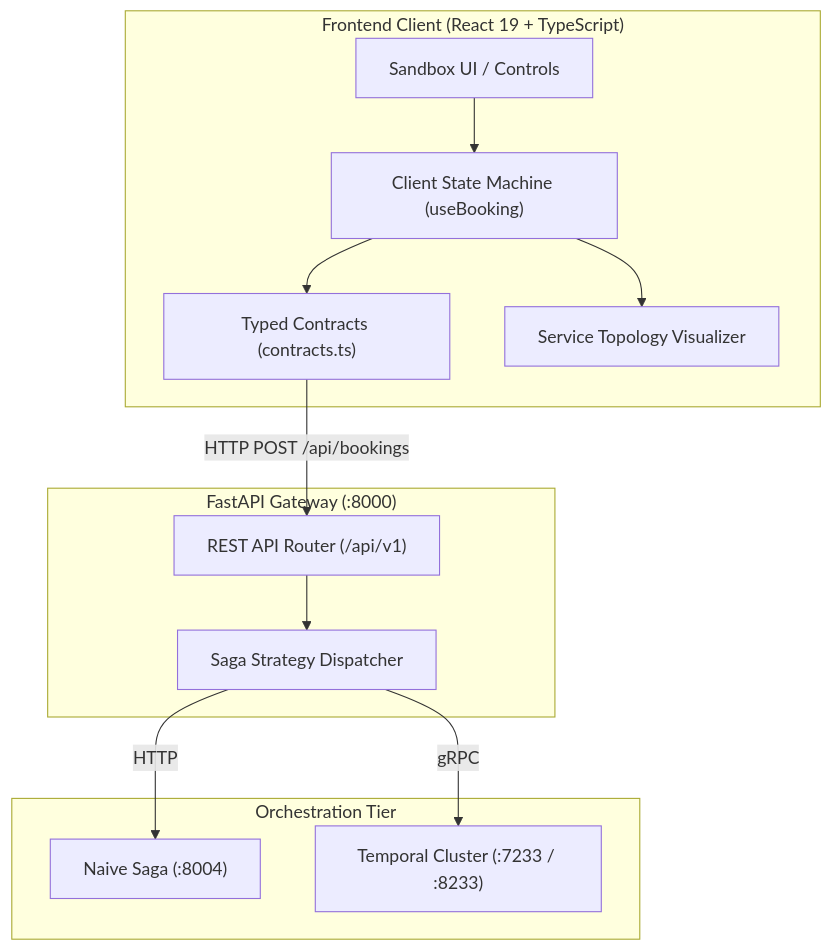
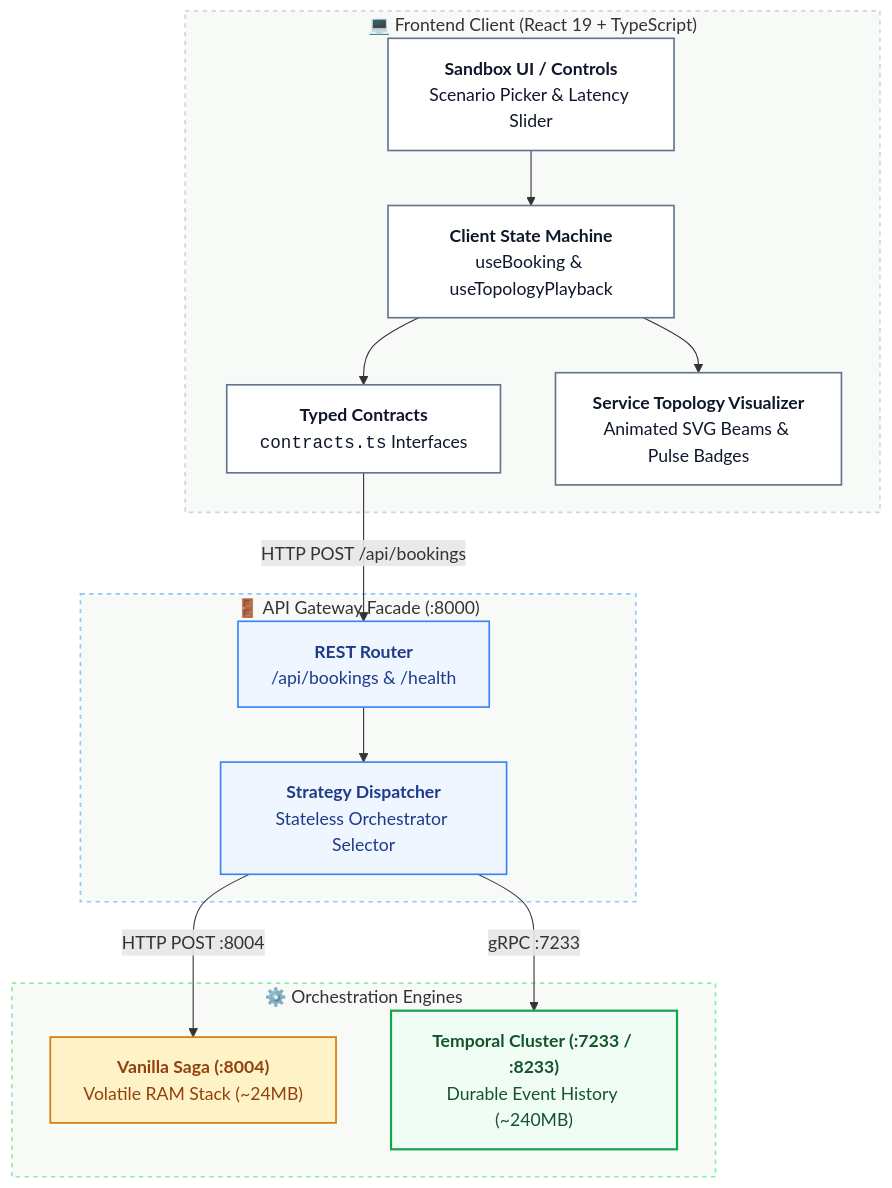
Before and after one commit to eucaliptuskoala/layover: the first of 2 diagrams in docs/evidences/lo1/frontend-dashboard/lo1-frontend-dashboard.md, drawn with Mermaid. The commit also changed other lines of this file and 27 other files, not shown here.

````diff
--- a/docs/evidences/lo1/frontend-dashboard/lo1-frontend-dashboard.md
+++ b/docs/evidences/lo1/frontend-dashboard/lo1-frontend-dashboard.md
@@ -27,27 +27,41 @@
 ```mermaid
-graph TD
-    subgraph Frontend ["Frontend Client (React 19 + TypeScript)"]
-        UI["Sandbox UI / Controls"]
-        State["Client State Machine (useBooking)"]
-        Contracts["Typed Contracts (contracts.ts)"]
-        Topology["Service Topology Visualizer"]
+flowchart TD
+    subgraph Frontend ["💻 Frontend Client (React 19 + TypeScript)"]
+        UI["<b>Sandbox UI / Controls</b><br/>Scenario Picker & Latency Slider"]
+        State["<b>Client State Machine</b><br/>useBooking & useTopologyPlayback"]
+        Contracts["<b>Typed Contracts</b><br/><code>contracts.ts</code> Interfaces"]
+        Topology["<b>Service Topology Visualizer</b><br/>Animated SVG Beams & Pulse Badges"]
     end
 
-    subgraph Gateway ["FastAPI Gateway (:8000)"]
-        API["REST API Router (/api/v1)"]
-        Strategy["Saga Strategy Dispatcher"]
+    subgraph Gateway ["🚪 API Gateway Facade (:8000)"]
+        API["<b>REST Router</b><br/>/api/bookings & /health"]
+        Strategy["<b>Strategy Dispatcher</b><br/>Stateless Orchestrator Selector"]
     end
 
-    subgraph Orchestrators ["Orchestration Tier"]
-        Naive["Naive Saga (:8004)"]
-        Temporal["Temporal Cluster (:7233 / :8233)"]
+    subgraph Orchestrators ["⚙️ Orchestration Engines"]
+        Naive["<b>Vanilla Saga (:8004)</b><br/>Volatile RAM Stack (~24MB)"]
+        Temporal["<b>Temporal Cluster (:7233 / :8233)</b><br/>Durable Event History (~240MB)"]
     end
 
     UI --> State
     State --> Contracts
     Contracts -->|HTTP POST /api/bookings| API
     API --> Strategy
-    Strategy -->|HTTP| Naive
-    Strategy -->|gRPC| Temporal
+    Strategy -->|HTTP POST :8004| Naive
+    Strategy -->|gRPC :7233| Temporal
     State --> Topology
+
+    classDef clientNode fill:#ffffff,stroke:#64748b,stroke-width:1.5px,color:#0f172a;
+    classDef gatewayNode fill:#eff6ff,stroke:#3b82f6,stroke-width:1.5px,color:#1e3a8a;
+    classDef vanillaNode fill:#fef3c7,stroke:#d97706,stroke-width:1.5px,color:#92400e;
+    classDef temporalNode fill:#f0fdf4,stroke:#16a34a,stroke-width:2px,color:#14532d;
+
+    class UI,State,Contracts,Topology clientNode;
+    class API,Strategy gatewayNode;
+    class Naive vanillaNode;
+    class Temporal temporalNode;
+
+    style Frontend fill:#f8faf8,stroke:#cbd5e1,stroke-width:1.5px,stroke-dasharray: 4 4;
+    style Gateway fill:#f8faf8,stroke:#93c5fd,stroke-width:1.5px,stroke-dasharray: 4 4;
+    style Orchestrators fill:#f8faf8,stroke:#86efac,stroke-width:1.5px,stroke-dasharray: 4 4;
 ```
````
